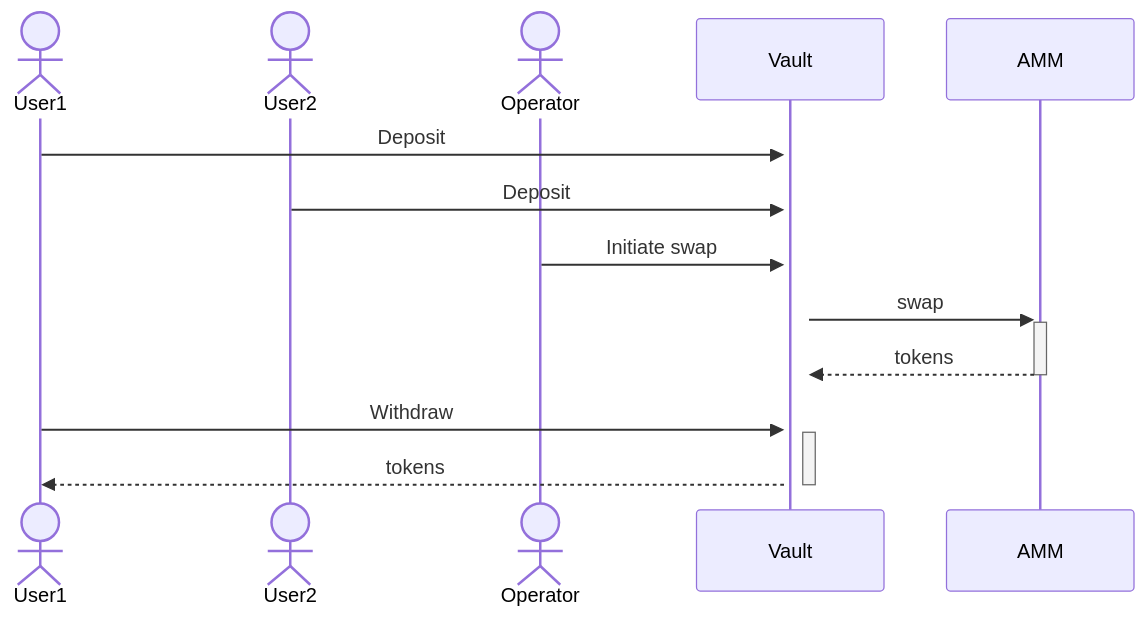
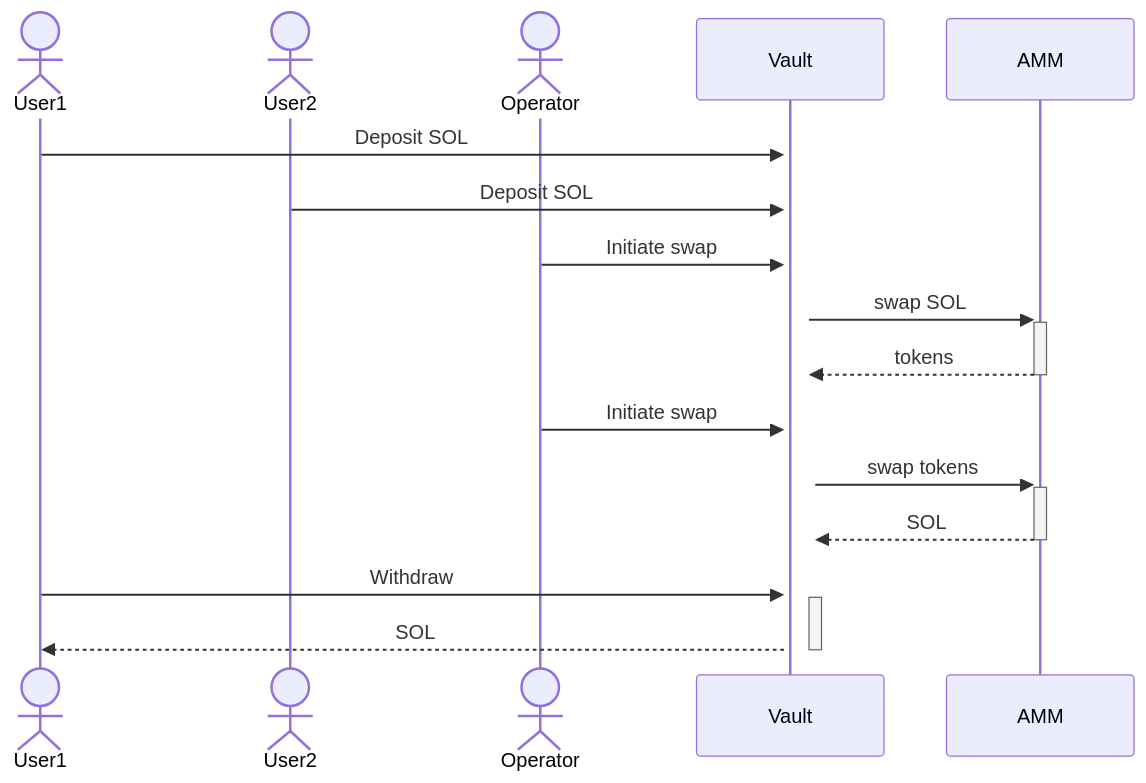
The first of 5 diagrams in docs/Architecture.md (n3m6/Q2_25_Builder_Faraz), drawn with Mermaid before and after one commit. The commit also changed other lines of this file and 1 other file, not shown here.

````diff
--- a/docs/Architecture.md
+++ b/docs/Architecture.md
@@ -3,15 +3,18 @@
 ```mermaid
 sequenceDiagram
     actor User1
     actor User2
     actor Operator
     participant Vault
     participant AMM
-    User1->>+Vault: Deposit
-    User2->>+Vault: Deposit
+    User1->>+Vault: Deposit SOL
+    User2->>+Vault: Deposit SOL
     Operator->>+Vault:Initiate swap
-    Vault->>+AMM: swap
+    Vault->>+AMM: swap SOL
     AMM-->>-Vault: tokens
+    Operator->>+Vault:Initiate swap
+    Vault->>+AMM: swap tokens
+    AMM-->>-Vault: SOL
     User1->>+Vault: Withdraw
-    Vault-->>-User1: tokens
+    Vault-->>-User1: SOL
 ```
````
